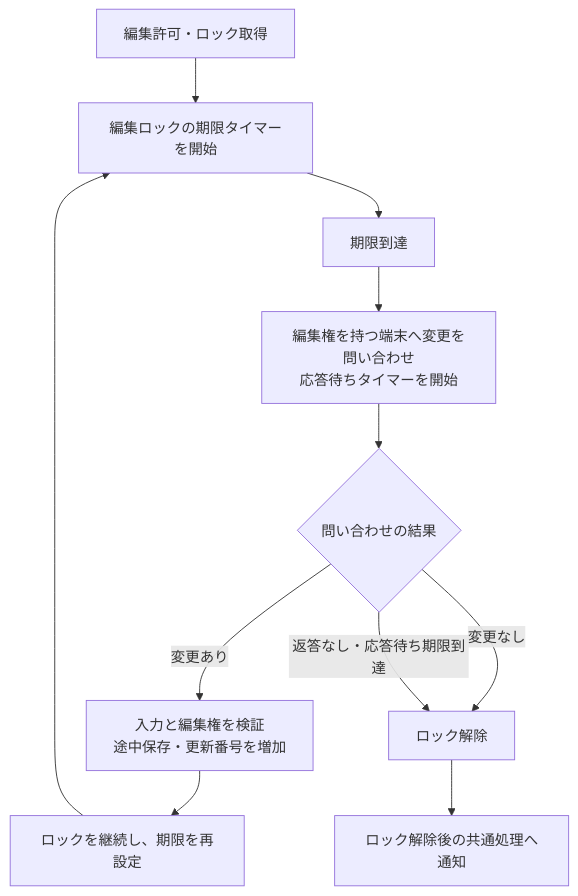
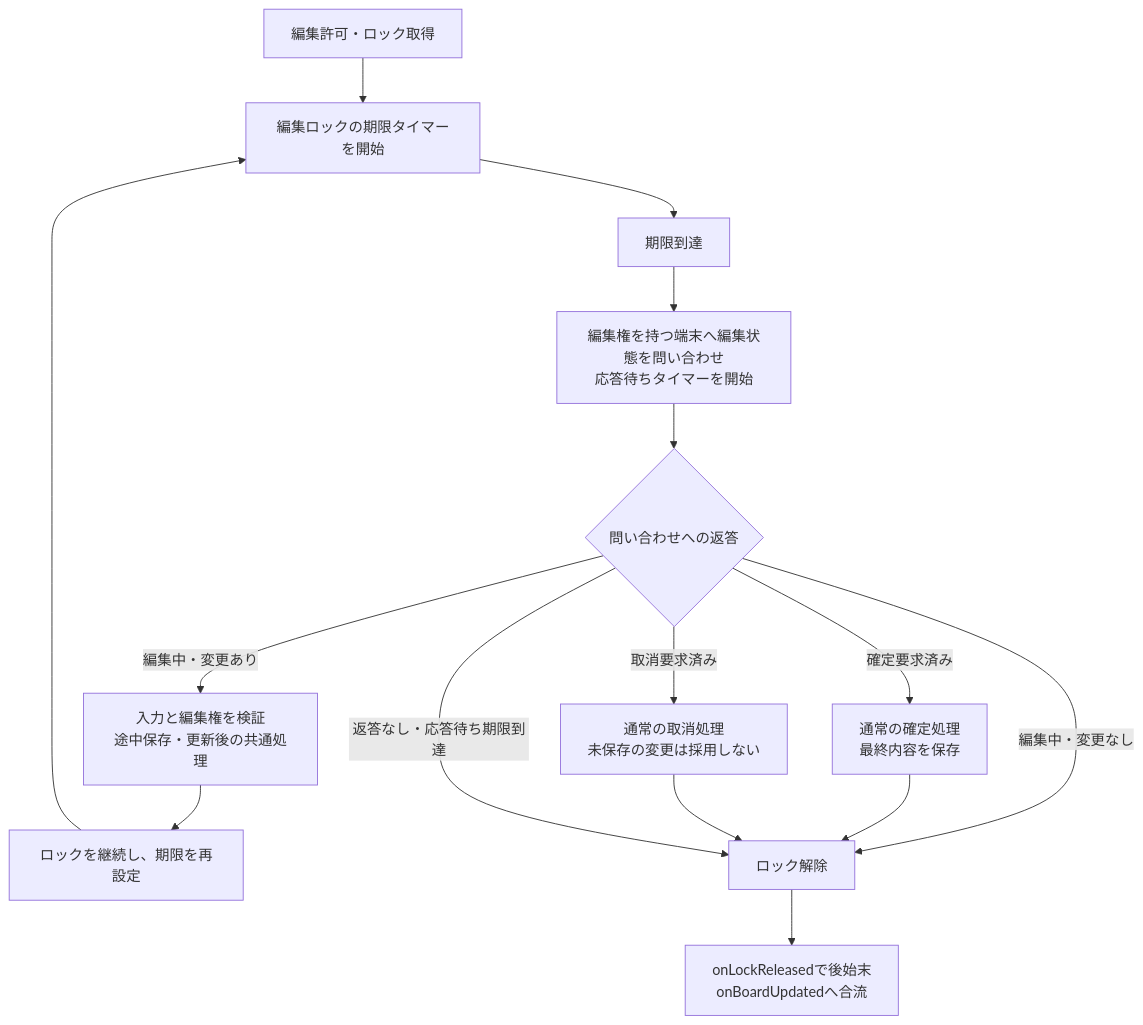
Before and after one commit to jphacks/ng_2617: the first of 3 diagrams in docs/edit-lifecycle-plan.md, drawn with Mermaid. The commit also changed other lines of this file and 5 other files, not shown here.

````diff
--- a/docs/edit-lifecycle-plan.md
+++ b/docs/edit-lifecycle-plan.md
@@ -33,13 +36,17 @@
 ```mermaid
 flowchart TD
     A["編集許可・ロック取得"] --> B["編集ロックの期限タイマーを開始"]
     B --> C["期限到達"]
-    C --> D["編集権を持つ端末へ変更を問い合わせ<br/>応答待ちタイマーを開始"]
-    D --> E{"問い合わせの結果"}
-    E -->|"変更あり"| F["入力と編集権を検証<br/>途中保存・更新番号を増加"]
+    C --> D["編集権を持つ端末へ編集状態を問い合わせ<br/>応答待ちタイマーを開始"]
+    D --> E{"問い合わせへの返答"}
+    E -->|"編集中・変更あり"| F["入力と編集権を検証<br/>途中保存・更新後の共通処理"]
     F --> G["ロックを継続し、期限を再設定"]
     G --> B
-    E -->|"変更なし"| H["ロック解除"]
+    E -->|"編集中・変更なし"| H["ロック解除"]
+    E -->|"確定要求済み"| J["通常の確定処理<br/>最終内容を保存"]
+    J --> H
+    E -->|"取消要求済み"| K["通常の取消処理<br/>未保存の変更は採用しない"]
+    K --> H
     E -->|"返答なし・応答待ち期限到達"| H
-    H --> I["ロック解除後の共通処理へ通知"]
+    H --> I["onLockReleasedで後始末<br/>onBoardUpdatedへ合流"]
 ```
````
